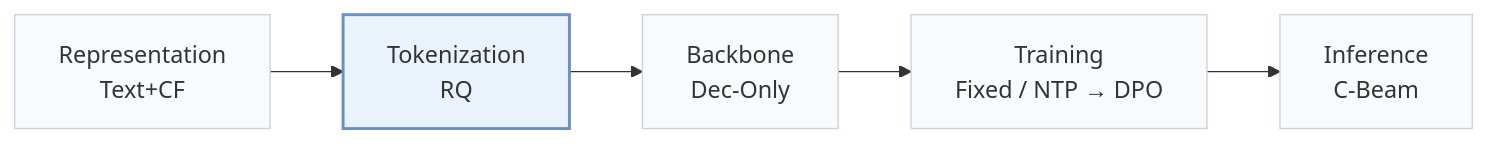
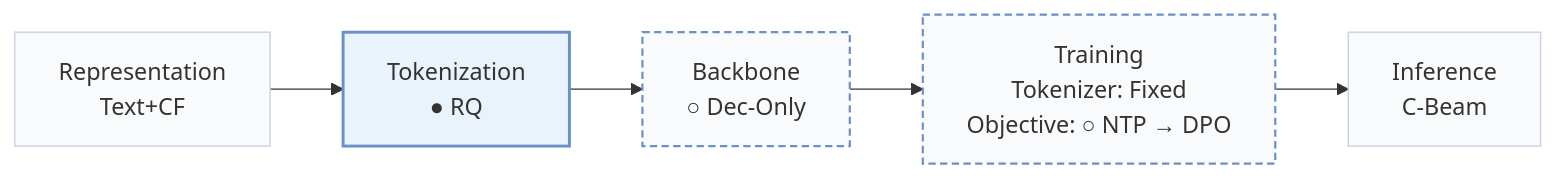
Before and after one commit to Galaxy-ghost/Awesome-SID-Generative-Rec: the first of 2 diagrams in pages/papers/unirec.md, drawn with Mermaid. The commit also changed other lines of this file and 558 other files, not shown here.

````diff
--- a/pages/papers/unirec.md
+++ b/pages/papers/unirec.md
@@ -15,8 +18,10 @@
 ```mermaid
 flowchart LR
-    R["Representation<br/>Text+CF"] --> T["Tokenization<br/>RQ"] --> B["Backbone<br/>Dec-Only"] --> TR["Training<br/>Fixed / NTP → DPO"] --> I["Inference<br/>C-Beam"]
+    R["Representation<br/>Text+CF"] --> T["Tokenization<br/>● RQ"] --> B["Backbone<br/>○ Dec-Only"] --> TR["Training<br/>Tokenizer: Fixed<br/>Objective: ○ NTP → DPO"] --> I["Inference<br/>C-Beam"]
     classDef base fill:#f8fafc,stroke:#cbd5e1
     class R,T,B,TR,I base
+    classDef other fill:#f8fafc,stroke:#6b8fc7,stroke-width:1.5px,stroke-dasharray:5 3
+    class B,TR other
     classDef main fill:#eaf2fb,stroke:#6b8fc7,stroke-width:2px
     class T main
 ```
````
